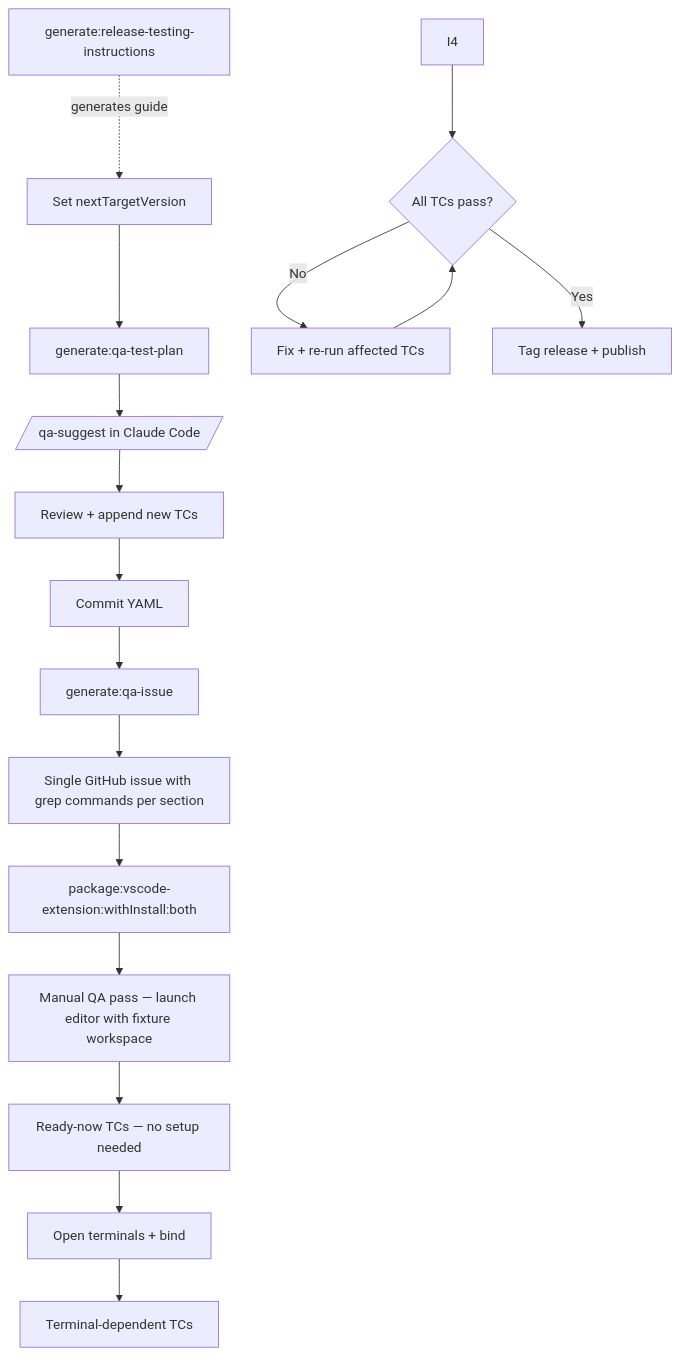
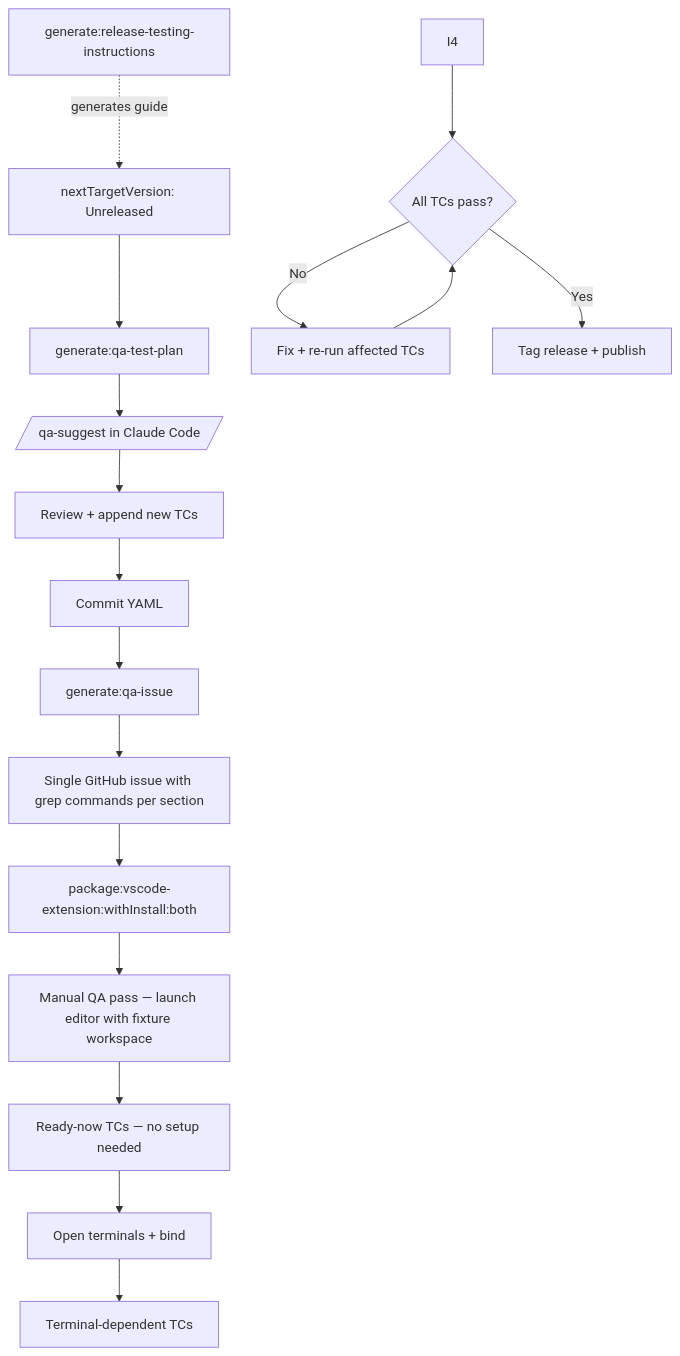
The first of 2 diagrams in packages/rangelink-vscode-extension/TESTING.md (couimet/rangeLink), drawn with Mermaid before and after one commit. The commit also changed other lines of this file and 14 other files, not shown here.

First line of the commit message:
[issues/249] Defer QA version naming with "Unreleased" placeholder (#605)

````diff
--- a/packages/rangelink-vscode-extension/TESTING.md
+++ b/packages/rangelink-vscode-extension/TESTING.md
@@ -37,19 +37,19 @@
 ```mermaid
 flowchart TD
     Z[generate:release-testing-instructions] -.->|generates guide| A
-    A[Set nextTargetVersion] --> B[generate:qa-test-plan]
+    A[nextTargetVersion: Unreleased] --> B[generate:qa-test-plan]
     B --> C[/qa-suggest in Claude Code/]
     C --> D[Review + append new TCs]
     D --> E[Commit YAML]
     E --> F[generate:qa-issue]
     F --> G[Single GitHub issue with grep commands per section]
     G --> H[package:vscode-extension:withInstall:both]
     H --> I[Manual QA pass — launch editor with fixture workspace]
     I --> I1[Ready-now TCs — no setup needed]
     I1 --> I2[Open terminals + bind]
     I2 --> I3[Terminal-dependent TCs]
     I4 --> J{All TCs pass?}
     J -- No --> K[Fix + re-run affected TCs]
     K --> J
     J -- Yes --> L[Tag release + publish]
 ```
````
